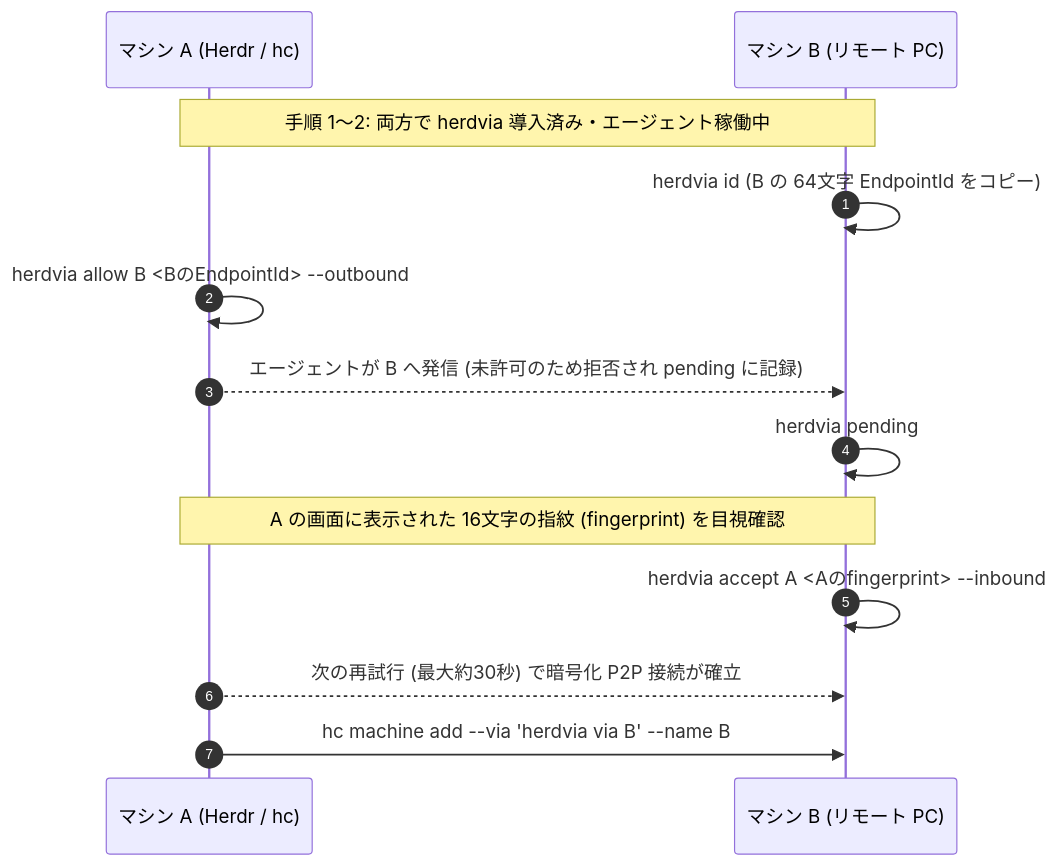
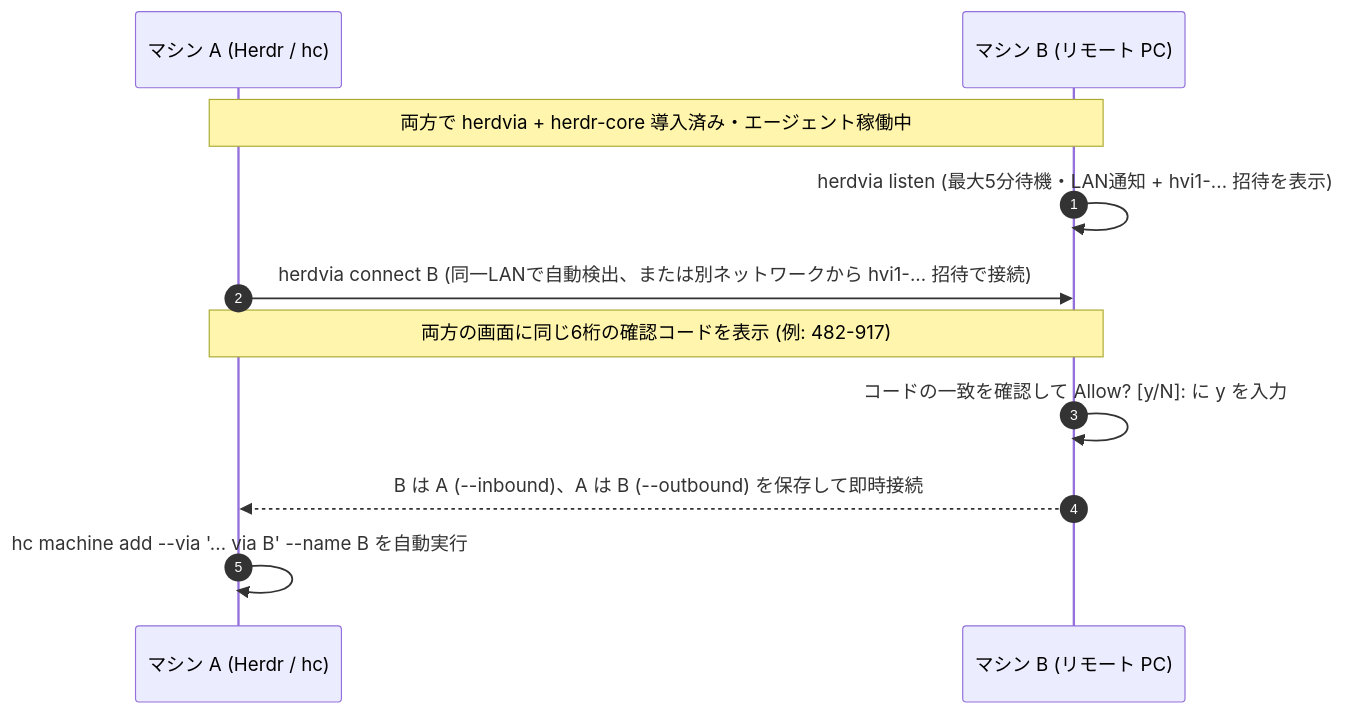
The diagram in docs/README.ja.md (photojupi/herdvia), drawn with Mermaid before and after one commit. The commit also changed other lines of this file and 15 other files, not shown here.

````diff
--- a/docs/README.ja.md
+++ b/docs/README.ja.md
@@ -147,16 +148,14 @@
 ```mermaid
 sequenceDiagram
     autonumber
     participant A as マシン A (Herdr / hc)
     participant B as マシン B (リモート PC)
 
-    Note over A,B: 手順 1〜2: 両方で herdvia 導入済み・エージェント稼働中
-    B->>B: herdvia id (B の 64文字 EndpointId をコピー)
-    A->>A: herdvia allow B <BのEndpointId> --outbound
-    A-->>B: エージェントが B へ発信 (未許可のため拒否され pending に記録)
-    B->>B: herdvia pending
-    Note over A,B: A の画面に表示された 16文字の指紋 (fingerprint) を目視確認
-    B->>B: herdvia accept A <Aのfingerprint> --inbound
-    A-->>B: 次の再試行 (最大約30秒) で暗号化 P2P 接続が確立
-    A->>B: hc machine add --via 'herdvia via B' --name B
+    Note over A,B: 両方で herdvia + herdr-core 導入済み・エージェント稼働中
+    B->>B: herdvia listen (最大5分待機・LAN通知 + hvi1-... 招待を表示)
+    A->>B: herdvia connect B (同一LANで自動検出、または別ネットワークから hvi1-... 招待で接続)
+    Note over A,B: 両方の画面に同じ6桁の確認コードを表示 (例: 482-917)
+    B->>B: コードの一致を確認して Allow? [y/N]: に y を入力
+    B-->>A: B は A (--inbound)、A は B (--outbound) を保存して即時接続
+    A->>A: hc machine add --via '... via B' --name B を自動実行
 ```
````
